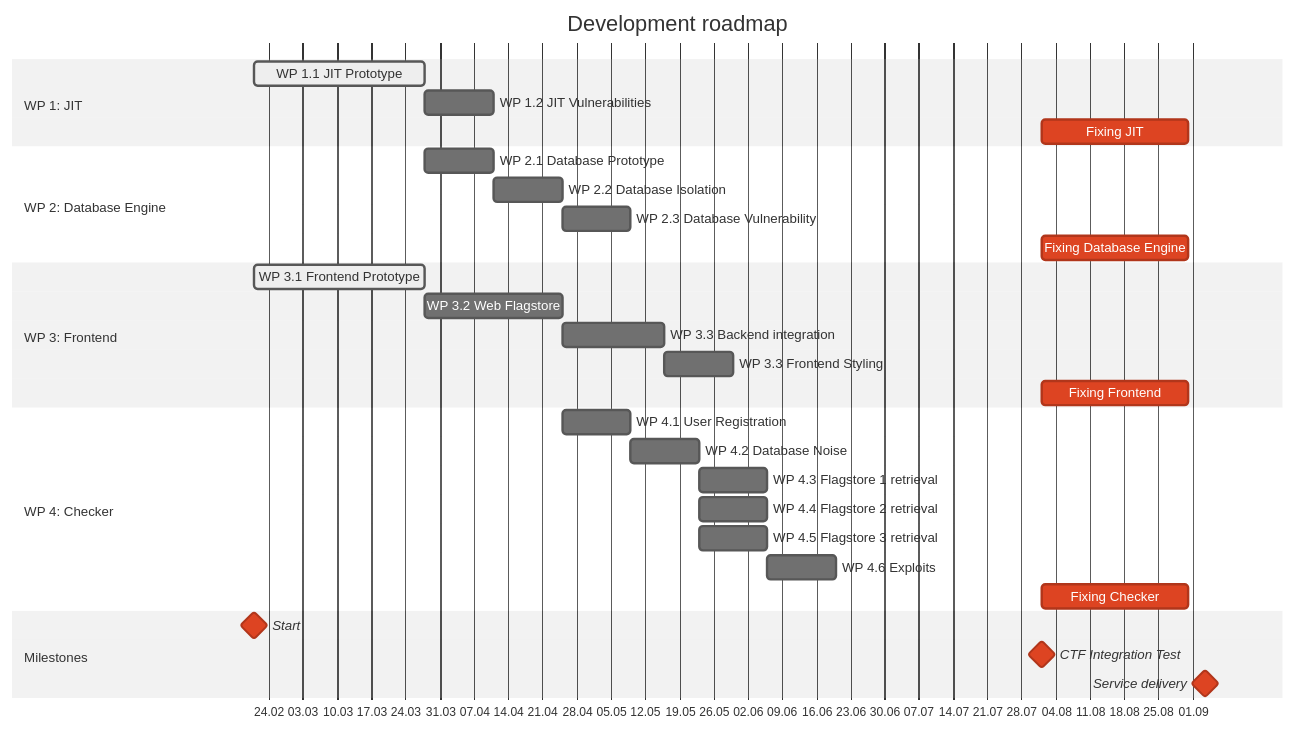
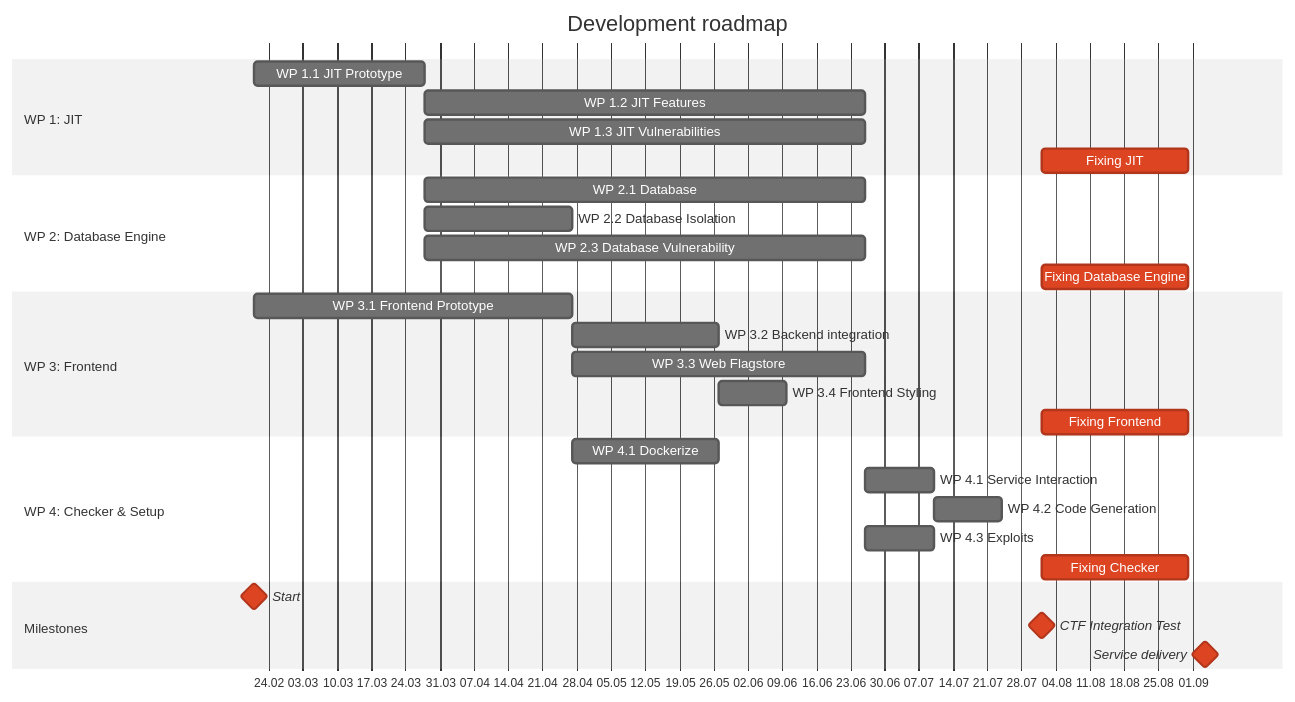
The diagram in README.md (itsme-zeix/ecsc2025-service-Jitterish), drawn with Mermaid before and after one commit.

Commit message:
Adjust funny diagram to fit the description

````diff
--- a/README.md
+++ b/README.md
@@ -221,46 +221,45 @@
 ```mermaid
 %%{
     init: {
         'themeCSS': 'rect[id^=mkb_].task { fill: #c1e0ea; } rect[id^=singlechar_].task { fill: #fffe95; } rect[id^=both_].task { fill: #c1df89; } rect[class*=active] { stroke-width: 3; } rect[class*=milestone][class*=crit] { fill: #f99e8a; } rect[class*=done] { stroke: #888 !important; } text[class*=doneText] { fill: #888 !important; } text[class*=activeText] { animation: blinker 1s linear infinite; font-weight: bold } @keyframes blinker { 50% { opacity: 0.2; } } text[class*=critText]:not([class*=milestoneText], [class*=doneText]) { fill: #fff !important; } text { fill: #222 !important; } .titleText { font-size: 1.5em; }',
         'gantt': {
             'leftPadding': 200,
             'rightPadding': 100
         },
         'theme': 'neutral'
     }
 }%%
 gantt
   title Development roadmap
     dateFormat YYYY-MM-DD
     axisFormat %d.%m
     tickInterval 1week
     weekday monday
     todayMarker on
     section WP 1: JIT
-        WP 1.1 JIT Prototype                        :active, mkb_wp11, after start, 35d
-        WP 1.2 JIT Vulnerabilities                  :mkb_wp12, after mkb_wp11, 14d
+        WP 1.1 JIT Prototype                        :mkb_wp11, after start, 35d
+        WP 1.2 JIT Features                         :mkb_wp12, after mkb_wp11, 90d
+        WP 1.3 JIT Vulnerabilities                  :mkb_wp13, after mkb_wp11, 90d
         Fixing JIT                                  :crit, after ctftest, until end
     section WP 2: Database Engine
-        WP 2.1 Database Prototype                   :mkb_wp21, after mkb_wp11, 14d
-        WP 2.2 Database Isolation                   :mkb_wp22, after mkb_wp21, 14d
-        WP 2.3 Database Vulnerability               :mkb_wp23, after mkb_wp22, 14d
+        WP 2.1 Database                             :mkb_wp21, after mkb_wp11, 90d
+        WP 2.2 Database Isolation                   :mkb_wp22, after mkb_wp11, 30d
+        WP 2.3 Database Vulnerability               :mkb_wp23, after mkb_wp11, 90d
         Fixing Database Engine                      :crit, after ctftest, until end
     section WP 3: Frontend
-        WP 3.1 Frontend Prototype                   :active, singlechar_wp31, after start, 35d
-        WP 3.2 Web Flagstore                        :singlechar_wp32, after singlechar_wp31, 28d
-        WP 3.3 Backend integration                  :singlechar_wp33, after singlechar_wp32 mkb_wp21 mkb_wp11, 21d
-        WP 3.3 Frontend Styling                     :singlechar_wp34, after singlechar_wp33, 14d
+        WP 3.1 Frontend Prototype                   :singlechar_wp31, after start, 65d
+        WP 3.2 Backend integration                  :singlechar_wp33, after singlechar_wp31 mkb_wp11, 30d
+        WP 3.3 Web Flagstore                        :singlechar_wp32, after singlechar_wp31, 60d
+        WP 3.4 Frontend Styling                     :singlechar_wp34, after singlechar_wp33, 14d
         Fixing Frontend                             :crit, after ctftest, until end
-    section WP 4: Checker
-        WP 4.1 User Registration                    :both_wp41, after mkb_wp13 mkb_wp22, 14d
-        WP 4.2 Database Noise                       :both_wp42, after both_wp41, 14d
-        WP 4.3 Flagstore 1 retrieval                :both_wp43, after both_wp42, 14d
-        WP 4.4 Flagstore 2 retrieval                :both_wp44, after both_wp42, 14d
-        WP 4.5 Flagstore 3 retrieval                :both_wp45, after both_wp42, 14d
-        WP 4.6 Exploits                             :both_wp46, after both_wp45, 14d
+    section WP 4: Checker & Setup
+        WP 4.1 Dockerize                            :both_wp40, after mkb_wp11 mkb_wp22 singlechar_wp31, 30d
+        WP 4.1 Service Interaction                  :both_wp41, after mkb_wp13 mkb_wp22 both_wp40, 14d
+        WP 4.2 Code Generation                      :both_wp42, after both_wp41, 14d
+        WP 4.3 Exploits                             :both_wp43, after mkb_wp13 mkb_wp23, 14d
         Fixing Checker                              :crit, after ctftest, until end
     section Milestones
         Start                                       :milestone, crit, start, 2025-02-21, 0d
         CTF Integration Test                        :milestone, crit, ctftest, 2025-08-01, 0d
         Service delivery                            :milestone, crit, end, 2025-08-31, 7d
 ```
````
